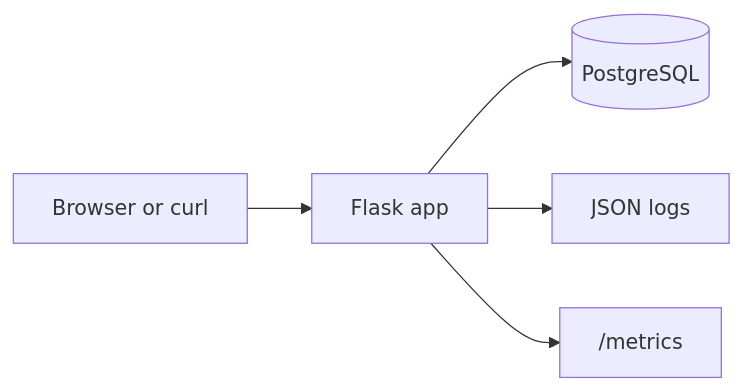
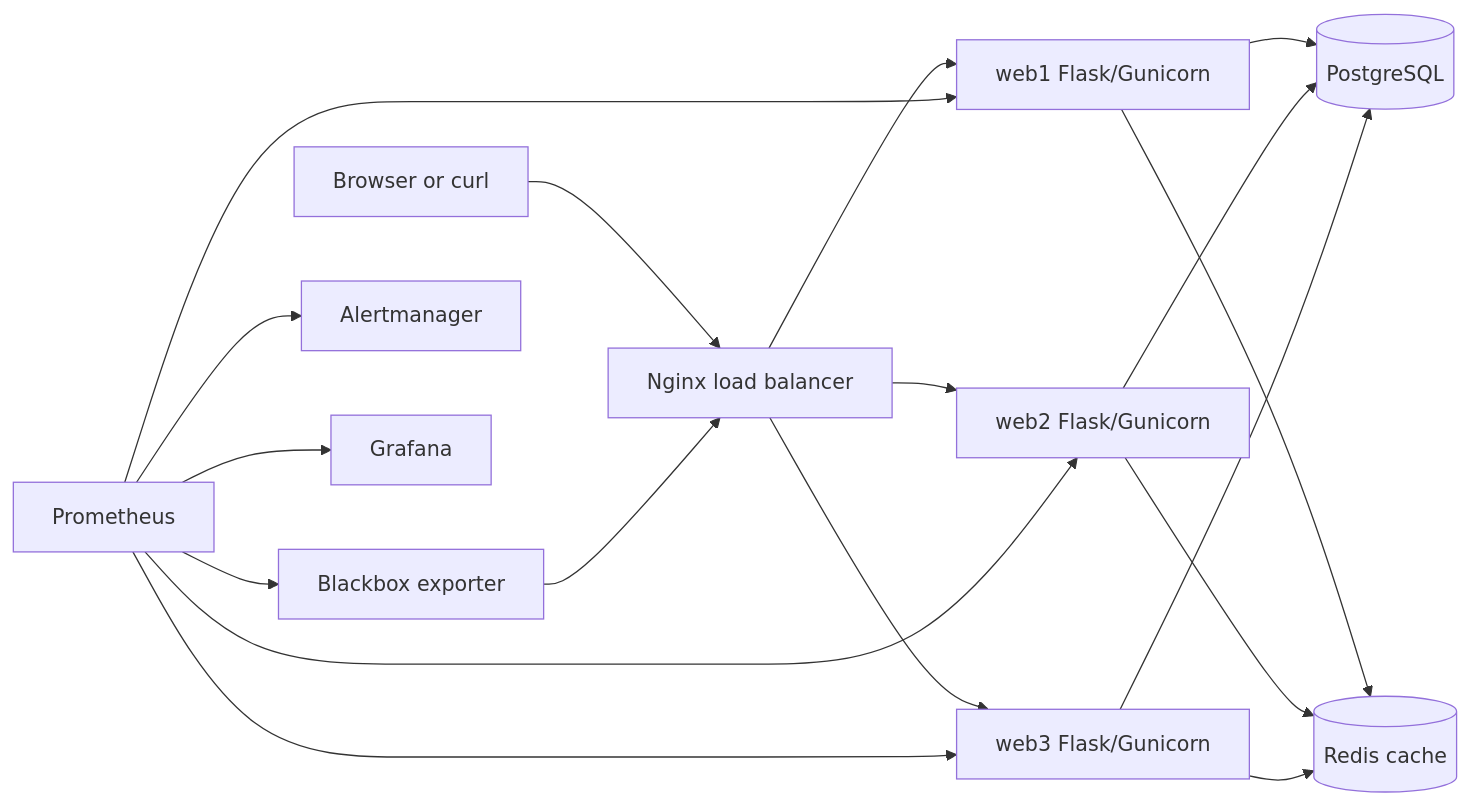
Before and after one commit to ndhaliwal59/PE-Hackathon-Template-2026: the diagram in README.md, drawn with Mermaid. The commit also changed other lines of this file, not shown here.

Commit message:
Update README to include Redis caching and enhance architecture diagram

````diff
--- a/README.md
+++ b/README.md
@@ -23,7 +23,24 @@
 ```mermaid
 flowchart LR
-    Client[Browser or curl] --> App[Flask app]
-    App --> DB[(PostgreSQL)]
-    App --> Logs[JSON logs]
-    App --> Metrics["/metrics"]
+  Client[Browser or curl] --> Nginx[Nginx load balancer]
+  Nginx --> Web1[web1 Flask/Gunicorn]
+  Nginx --> Web2[web2 Flask/Gunicorn]
+  Nginx --> Web3[web3 Flask/Gunicorn]
+
+  Web1 --> DB[(PostgreSQL)]
+  Web2 --> DB
+  Web3 --> DB
+
+  Web1 --> Redis[(Redis cache)]
+  Web2 --> Redis
+  Web3 --> Redis
+
+  Prometheus[Prometheus] --> Web1
+  Prometheus --> Web2
+  Prometheus --> Web3
+  Prometheus --> Blackbox[Blackbox exporter]
+  Blackbox --> Nginx
+
+  Prometheus --> Alertmanager[Alertmanager]
+  Prometheus --> Grafana[Grafana]
 ```
````
